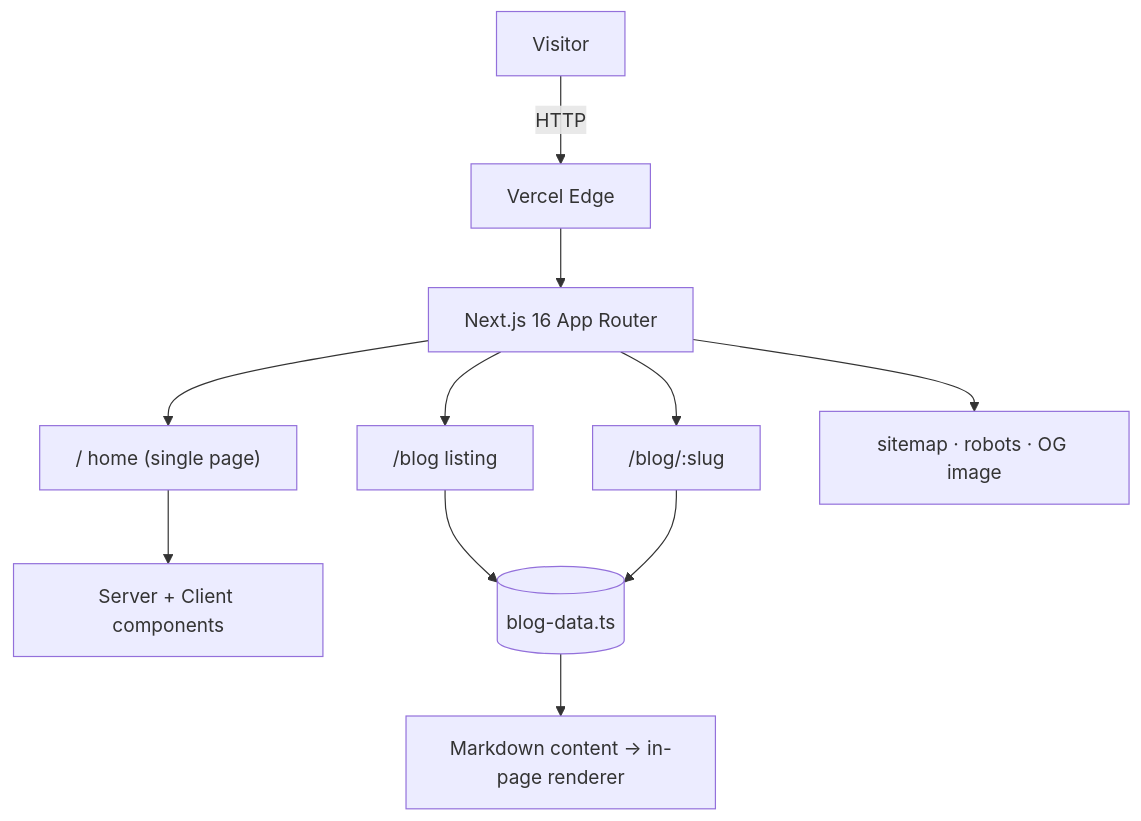
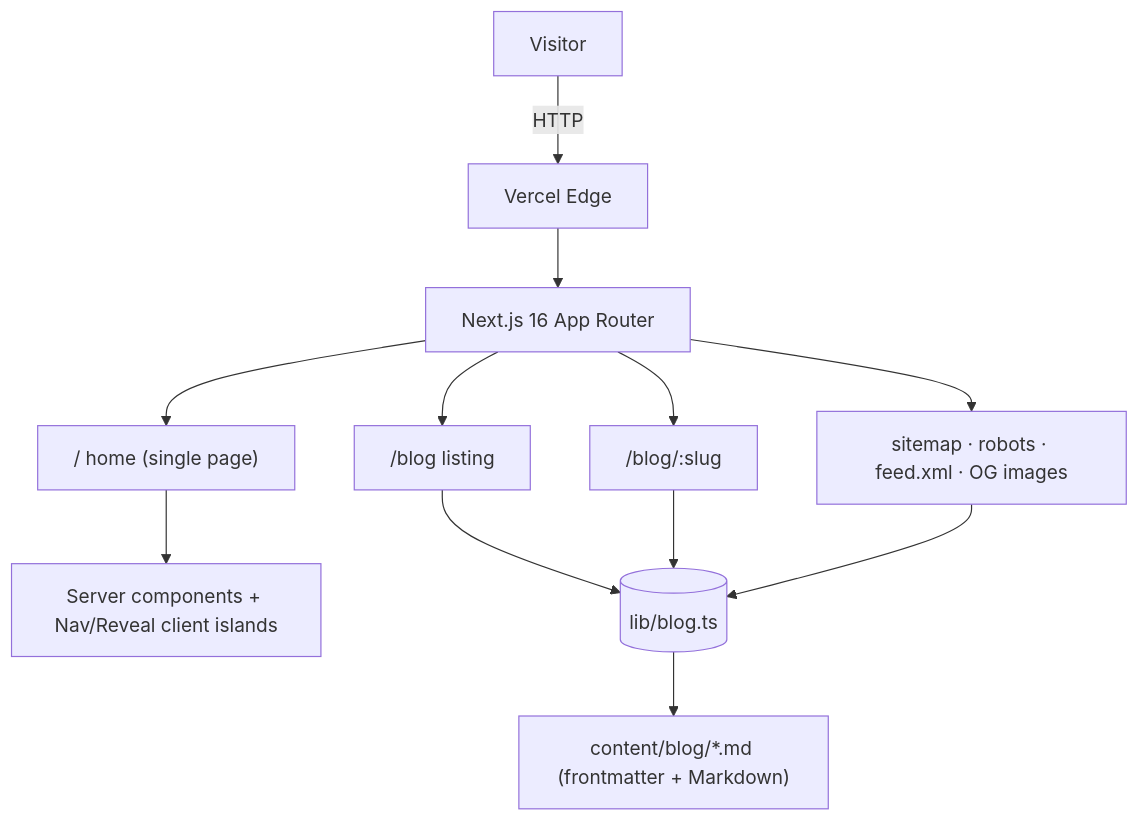
The diagram in README.md (mangatinanda/mangatinanda.me), drawn with Mermaid before and after one commit. The commit also changed other lines of this file and 34 other files, not shown here.

````diff
--- a/README.md
+++ b/README.md
@@ -28,13 +38,14 @@
 ```mermaid
 flowchart TD
   V[Visitor] -->|HTTP| Edge[Vercel Edge]
   Edge --> App[Next.js 16 App Router]
   App --> Home["/ home (single page)"]
   App --> Blog["/blog listing"]
   App --> Post["/blog/:slug"]
-  App --> Meta["sitemap · robots · OG image"]
-  Home --> Comp["Server + Client components"]
-  Blog --> Data[("blog-data.ts")]
-  Post --> Data
-  Data --> MD["Markdown content -> in-page renderer"]
+  App --> Meta["sitemap · robots · feed.xml · OG images"]
+  Home --> Comp["Server components + Nav/Reveal client islands"]
+  Blog --> Lib[("lib/blog.ts")]
+  Post --> Lib
+  Meta --> Lib
+  Lib --> MD["content/blog/*.md (frontmatter + Markdown)"]
 ```
````
